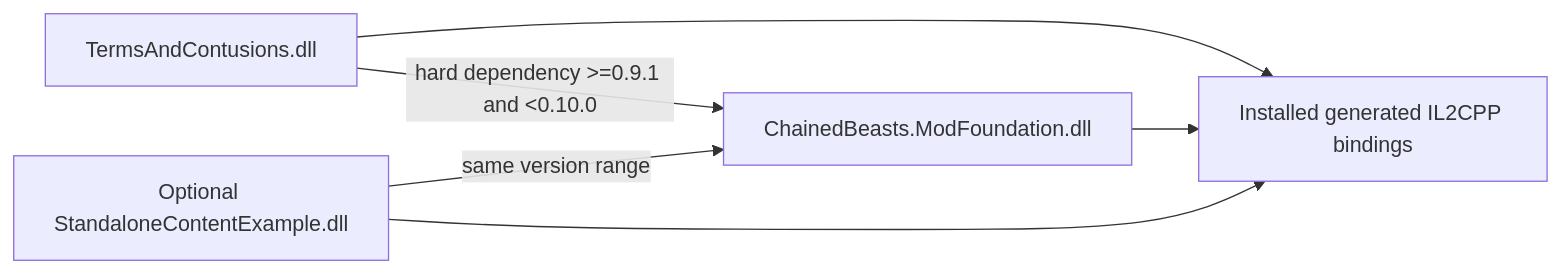
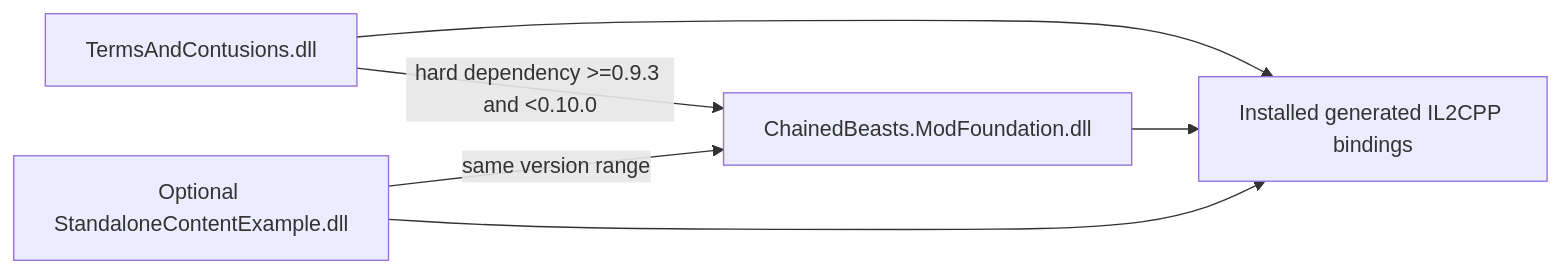
Before and after one commit to Krrrrrrk/chained-beasts-mod-foundation: the diagram in docs/foundation/ARCHITECTURE.md, drawn with Mermaid. The commit also changed other lines of this file and 23 other files, not shown here.

````diff
--- a/docs/foundation/ARCHITECTURE.md
+++ b/docs/foundation/ARCHITECTURE.md
@@ -5,8 +5,8 @@
 ```mermaid
 flowchart LR
-    Pack[TermsAndContusions.dll] -->|hard dependency >=0.9.1 and <0.10.0| Foundation[ChainedBeasts.ModFoundation.dll]
+    Pack[TermsAndContusions.dll] -->|hard dependency >=0.9.3 and <0.10.0| Foundation[ChainedBeasts.ModFoundation.dll]
     Example[Optional StandaloneContentExample.dll] -->|same version range| Foundation
     Pack --> Game[Installed generated IL2CPP bindings]
     Foundation --> Game
     Example --> Game
 ```
````
